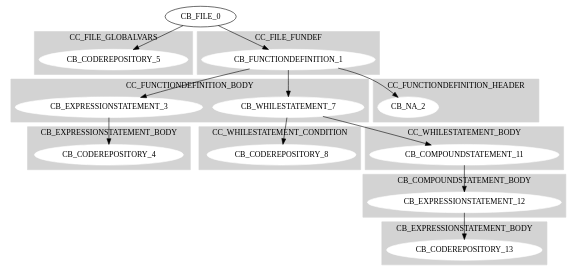
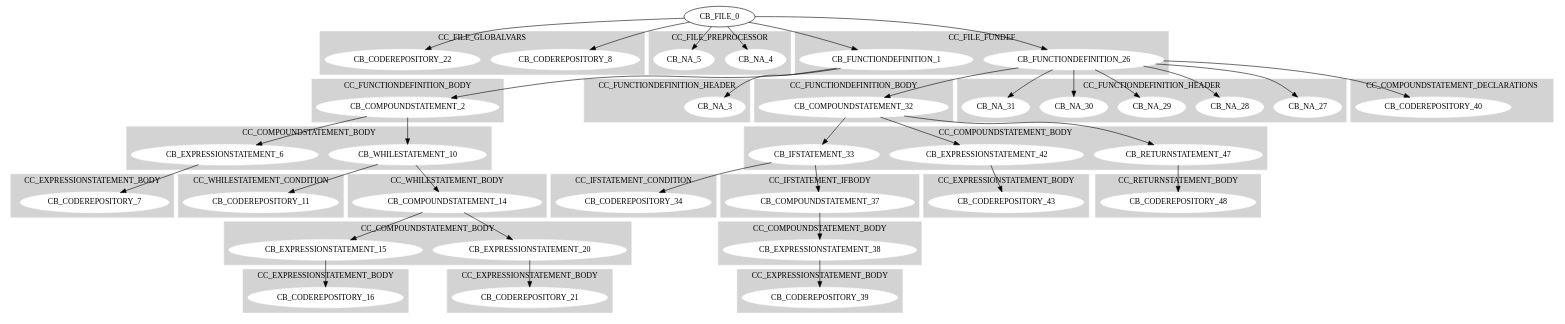
The diagram in MINIC2C/TestBench/CodeStructure.dot (dhmhgreCompilersII/MINIC2C), drawn with Graphviz before and after one commit. The commit also changed 13 other files, not shown here.

```diff
--- a/MINIC2C/TestBench/CodeStructure.dot
+++ b/MINIC2C/TestBench/CodeStructure.dot
@@ -1,75 +1,189 @@
 digraph {
 	subgraph cluster0{
 		node [style=filled,color=white];
 		style=filled;
 		color=lightgrey;
-		CB_CODEREPOSITORY_5;
+		CB_CODEREPOSITORY_8;CB_CODEREPOSITORY_22;
 		label=CC_FILE_GLOBALVARS;
 	}
 	subgraph cluster1{
 		node [style=filled,color=white];
 		style=filled;
 		color=lightgrey;
-		CB_FUNCTIONDEFINITION_1;
-		label=CC_FILE_FUNDEF;
+		CB_NA_4;CB_NA_5;
+		label=CC_FILE_PREPROCESSOR;
 	}
-"CB_FILE_0"->"CB_CODEREPOSITORY_5"
 	subgraph cluster2{
 		node [style=filled,color=white];
 		style=filled;
 		color=lightgrey;
-		CB_EXPRESSIONSTATEMENT_3;CB_WHILESTATEMENT_7;
-		label=CC_FUNCTIONDEFINITION_BODY;
+		CB_FUNCTIONDEFINITION_1;CB_FUNCTIONDEFINITION_26;
+		label=CC_FILE_FUNDEF;
 	}
+"CB_FILE_0"->"CB_NA_4"
+"CB_FILE_0"->"CB_NA_5"
+"CB_FILE_0"->"CB_CODEREPOSITORY_8"
+"CB_FILE_0"->"CB_CODEREPOSITORY_22"
 	subgraph cluster3{
 		node [style=filled,color=white];
 		style=filled;
 		color=lightgrey;
-		CB_NA_2;
-		label=CC_FUNCTIONDEFINITION_HEADER;
+		CB_COMPOUNDSTATEMENT_2;
+		label=CC_FUNCTIONDEFINITION_BODY;
 	}
-"CB_FUNCTIONDEFINITION_1"->"CB_NA_2"
 	subgraph cluster4{
 		node [style=filled,color=white];
 		style=filled;
 		color=lightgrey;
-		CB_CODEREPOSITORY_4;
-		label=CB_EXPRESSIONSTATEMENT_BODY;
+		CB_NA_3;
+		label=CC_FUNCTIONDEFINITION_HEADER;
 	}
-"CB_EXPRESSIONSTATEMENT_3"->"CB_CODEREPOSITORY_4"
-"CB_FUNCTIONDEFINITION_1"->"CB_EXPRESSIONSTATEMENT_3"
+"CB_FUNCTIONDEFINITION_1"->"CB_NA_3"
 	subgraph cluster5{
 		node [style=filled,color=white];
 		style=filled;
 		color=lightgrey;
-		CB_CODEREPOSITORY_8;
-		label=CC_WHILESTATEMENT_CONDITION;
+		CB_EXPRESSIONSTATEMENT_6;CB_WHILESTATEMENT_10;
+		label=CC_COMPOUNDSTATEMENT_BODY;
 	}
 	subgraph cluster6{
 		node [style=filled,color=white];
 		style=filled;
 		color=lightgrey;
-		CB_COMPOUNDSTATEMENT_11;
-		label=CC_WHILESTATEMENT_BODY;
+		CB_CODEREPOSITORY_7;
+		label=CC_EXPRESSIONSTATEMENT_BODY;
 	}
-"CB_WHILESTATEMENT_7"->"CB_CODEREPOSITORY_8"
+"CB_EXPRESSIONSTATEMENT_6"->"CB_CODEREPOSITORY_7"
+"CB_COMPOUNDSTATEMENT_2"->"CB_EXPRESSIONSTATEMENT_6"
 	subgraph cluster7{
 		node [style=filled,color=white];
 		style=filled;
 		color=lightgrey;
-		CB_EXPRESSIONSTATEMENT_12;
-		label=CB_COMPOUNDSTATEMENT_BODY;
+		CB_CODEREPOSITORY_11;
+		label=CC_WHILESTATEMENT_CONDITION;
 	}
 	subgraph cluster8{
 		node [style=filled,color=white];
 		style=filled;
 		color=lightgrey;
-		CB_CODEREPOSITORY_13;
-		label=CB_EXPRESSIONSTATEMENT_BODY;
+		CB_COMPOUNDSTATEMENT_14;
+		label=CC_WHILESTATEMENT_BODY;
 	}
-"CB_EXPRESSIONSTATEMENT_12"->"CB_CODEREPOSITORY_13"
-"CB_COMPOUNDSTATEMENT_11"->"CB_EXPRESSIONSTATEMENT_12"
-"CB_WHILESTATEMENT_7"->"CB_COMPOUNDSTATEMENT_11"
-"CB_FUNCTIONDEFINITION_1"->"CB_WHILESTATEMENT_7"
+"CB_WHILESTATEMENT_10"->"CB_CODEREPOSITORY_11"
+	subgraph cluster9{
+		node [style=filled,color=white];
+		style=filled;
+		color=lightgrey;
+		CB_EXPRESSIONSTATEMENT_15;CB_EXPRESSIONSTATEMENT_20;
+		label=CC_COMPOUNDSTATEMENT_BODY;
+	}
+	subgraph cluster10{
+		node [style=filled,color=white];
+		style=filled;
+		color=lightgrey;
+		CB_CODEREPOSITORY_16;
+		label=CC_EXPRESSIONSTATEMENT_BODY;
+	}
+"CB_EXPRESSIONSTATEMENT_15"->"CB_CODEREPOSITORY_16"
+"CB_COMPOUNDSTATEMENT_14"->"CB_EXPRESSIONSTATEMENT_15"
+	subgraph cluster11{
+		node [style=filled,color=white];
+		style=filled;
+		color=lightgrey;
+		CB_CODEREPOSITORY_21;
+		label=CC_EXPRESSIONSTATEMENT_BODY;
+	}
+"CB_EXPRESSIONSTATEMENT_20"->"CB_CODEREPOSITORY_21"
+"CB_COMPOUNDSTATEMENT_14"->"CB_EXPRESSIONSTATEMENT_20"
+"CB_WHILESTATEMENT_10"->"CB_COMPOUNDSTATEMENT_14"
+"CB_COMPOUNDSTATEMENT_2"->"CB_WHILESTATEMENT_10"
+"CB_FUNCTIONDEFINITION_1"->"CB_COMPOUNDSTATEMENT_2"
 "CB_FILE_0"->"CB_FUNCTIONDEFINITION_1"
+	subgraph cluster12{
+		node [style=filled,color=white];
+		style=filled;
+		color=lightgrey;
+		CB_COMPOUNDSTATEMENT_32;
+		label=CC_FUNCTIONDEFINITION_BODY;
+	}
+	subgraph cluster13{
+		node [style=filled,color=white];
+		style=filled;
+		color=lightgrey;
+		CB_NA_27;CB_NA_28;CB_NA_29;CB_NA_30;CB_NA_31;
+		label=CC_FUNCTIONDEFINITION_HEADER;
+	}
+"CB_FUNCTIONDEFINITION_26"->"CB_NA_27"
+"CB_FUNCTIONDEFINITION_26"->"CB_NA_28"
+"CB_FUNCTIONDEFINITION_26"->"CB_NA_29"
+"CB_FUNCTIONDEFINITION_26"->"CB_NA_30"
+"CB_FUNCTIONDEFINITION_26"->"CB_NA_31"
+	subgraph cluster14{
+		node [style=filled,color=white];
+		style=filled;
+		color=lightgrey;
+		CB_IFSTATEMENT_33;CB_EXPRESSIONSTATEMENT_42;CB_RETURNSTATEMENT_47;
+		label=CC_COMPOUNDSTATEMENT_BODY;
+	}
+	subgraph cluster15{
+		node [style=filled,color=white];
+		style=filled;
+		color=lightgrey;
+		CB_CODEREPOSITORY_40;
+		label=CC_COMPOUNDSTATEMENT_DECLARATIONS;
+	}
+"CB_FUNCTIONDEFINITION_26"->"CB_CODEREPOSITORY_40"
+	subgraph cluster16{
+		node [style=filled,color=white];
+		style=filled;
+		color=lightgrey;
+		CB_CODEREPOSITORY_34;
+		label=CC_IFSTATEMENT_CONDITION;
+	}
+	subgraph cluster17{
+		node [style=filled,color=white];
+		style=filled;
+		color=lightgrey;
+		CB_COMPOUNDSTATEMENT_37;
+		label=CC_IFSTATEMENT_IFBODY;
+	}
+"CB_IFSTATEMENT_33"->"CB_CODEREPOSITORY_34"
+	subgraph cluster18{
+		node [style=filled,color=white];
+		style=filled;
+		color=lightgrey;
+		CB_EXPRESSIONSTATEMENT_38;
+		label=CC_COMPOUNDSTATEMENT_BODY;
+	}
+	subgraph cluster19{
+		node [style=filled,color=white];
+		style=filled;
+		color=lightgrey;
+		CB_CODEREPOSITORY_39;
+		label=CC_EXPRESSIONSTATEMENT_BODY;
+	}
+"CB_EXPRESSIONSTATEMENT_38"->"CB_CODEREPOSITORY_39"
+"CB_COMPOUNDSTATEMENT_37"->"CB_EXPRESSIONSTATEMENT_38"
+"CB_IFSTATEMENT_33"->"CB_COMPOUNDSTATEMENT_37"
+"CB_COMPOUNDSTATEMENT_32"->"CB_IFSTATEMENT_33"
+	subgraph cluster20{
+		node [style=filled,color=white];
+		style=filled;
+		color=lightgrey;
+		CB_CODEREPOSITORY_43;
+		label=CC_EXPRESSIONSTATEMENT_BODY;
+	}
+"CB_EXPRESSIONSTATEMENT_42"->"CB_CODEREPOSITORY_43"
+"CB_COMPOUNDSTATEMENT_32"->"CB_EXPRESSIONSTATEMENT_42"
+	subgraph cluster21{
+		node [style=filled,color=white];
+		style=filled;
+		color=lightgrey;
+		CB_CODEREPOSITORY_48;
+		label=CC_RETURNSTATEMENT_BODY;
+	}
+"CB_RETURNSTATEMENT_47"->"CB_CODEREPOSITORY_48"
+"CB_COMPOUNDSTATEMENT_32"->"CB_RETURNSTATEMENT_47"
+"CB_FUNCTIONDEFINITION_26"->"CB_COMPOUNDSTATEMENT_32"
+"CB_FILE_0"->"CB_FUNCTIONDEFINITION_26"
 }
```
